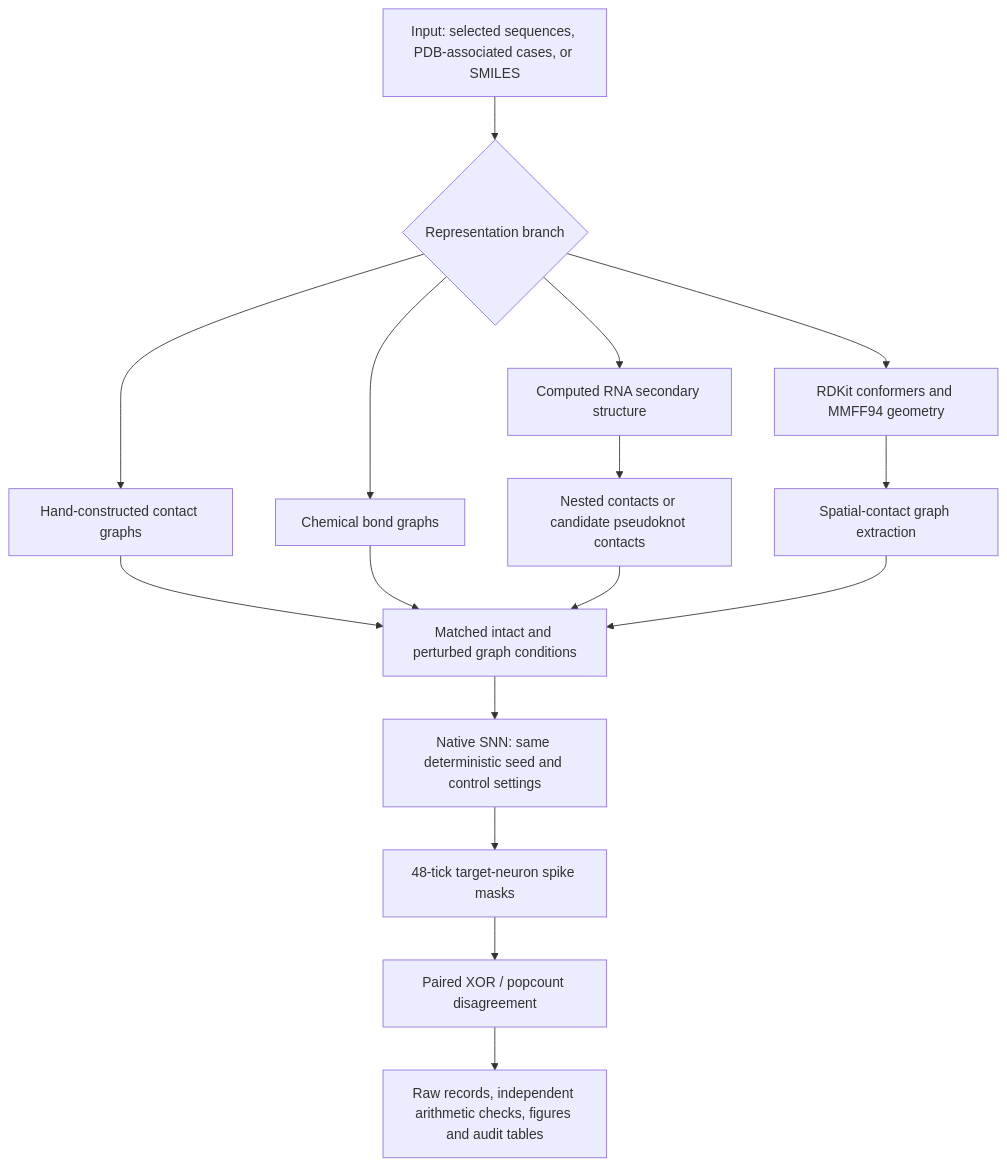
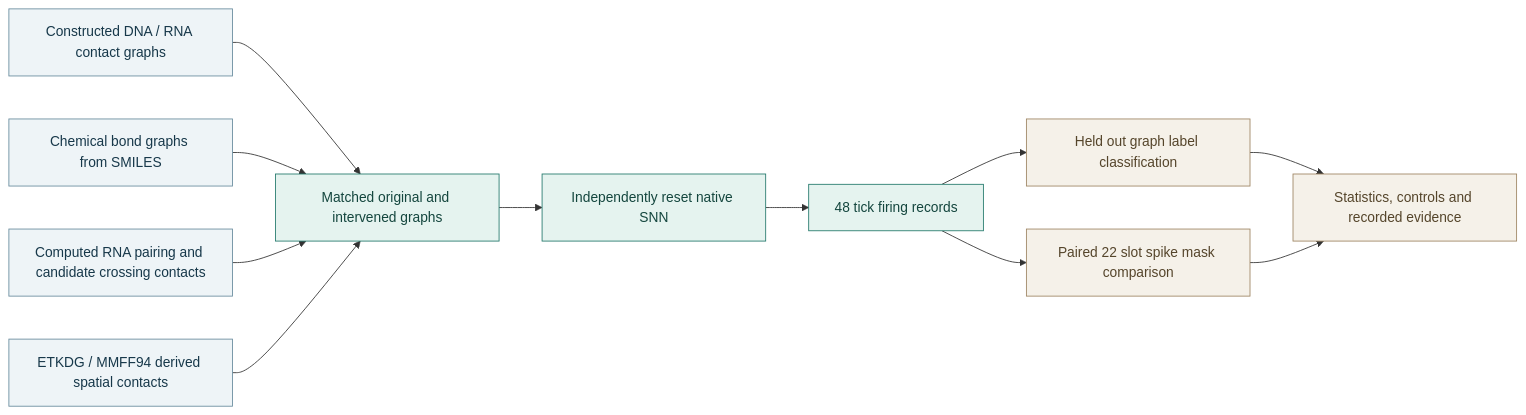
One commit to fireside25a-beep/N-Molecular-Research changed the diagram in README.md. Above: the diagram before and after it, drawn with Mermaid. The commit also changed other lines of this file, not shown here.

````diff
--- a/README.md
+++ b/README.md
@@ -36,18 +25,19 @@
 ```mermaid
-flowchart TD
-    A[Input: selected sequences, PDB-associated cases, or SMILES] --> B{Representation branch}
-    B --> C[Hand-constructed contact graphs]
-    B --> D[Chemical bond graphs]
-    B --> E[Computed RNA secondary structure]
-    B --> F[RDKit conformers and MMFF94 geometry]
-    E --> G[Nested contacts or candidate pseudoknot contacts]
-    F --> H[Spatial-contact graph extraction]
-    C --> I[Matched intact and perturbed graph conditions]
-    D --> I
-    G --> I
-    H --> I
-    I --> J[Native SNN: same deterministic seed and control settings]
-    J --> K[48-tick target-neuron spike masks]
-    K --> L[Paired XOR / popcount disagreement]
-    L --> M[Raw records, independent arithmetic checks, figures and audit tables]
+flowchart LR
+    A["Constructed DNA / RNA contact graphs"] --> E["Matched original and intervened graphs"]
+    B["Chemical bond graphs from SMILES"] --> E
+    C["Computed RNA pairing and candidate crossing contacts"] --> E
+    D["ETKDG / MMFF94 derived spatial contacts"] --> E
+    E --> F["Independently reset native SNN"]
+    F --> G["48 tick firing records"]
+    G --> H["Held out graph label classification"]
+    G --> I["Paired 22 slot spike mask comparison"]
+    H --> J["Statistics, controls and recorded evidence"]
+    I --> J
+    classDef input fill:#eef4f7,stroke:#688b9d,color:#17384a
+    classDef neural fill:#e5f3ef,stroke:#24796c,color:#14463e
+    classDef result fill:#f5f1e9,stroke:#9e8563,color:#55452b
+    class A,B,C,D input
+    class E,F,G neural
+    class H,I,J result
 ```
````
